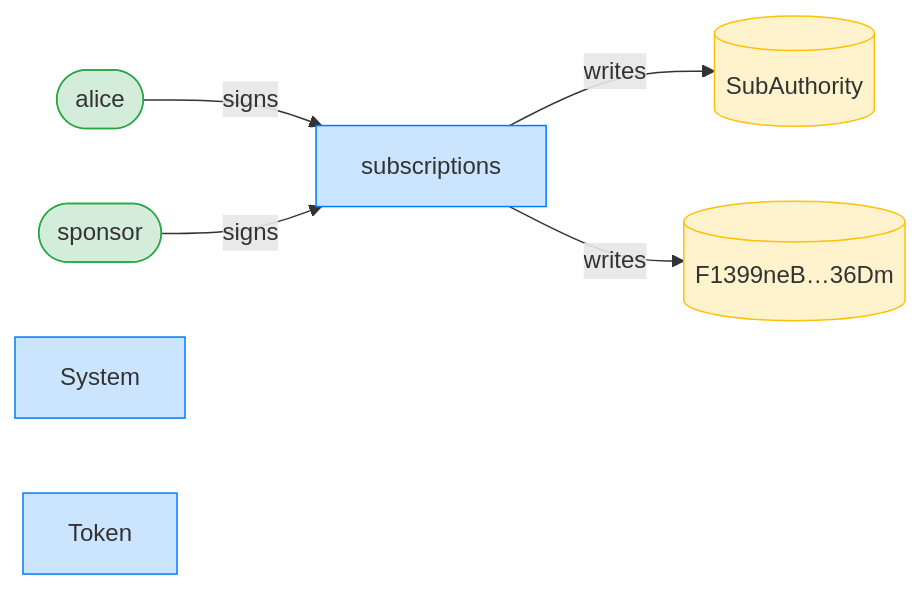
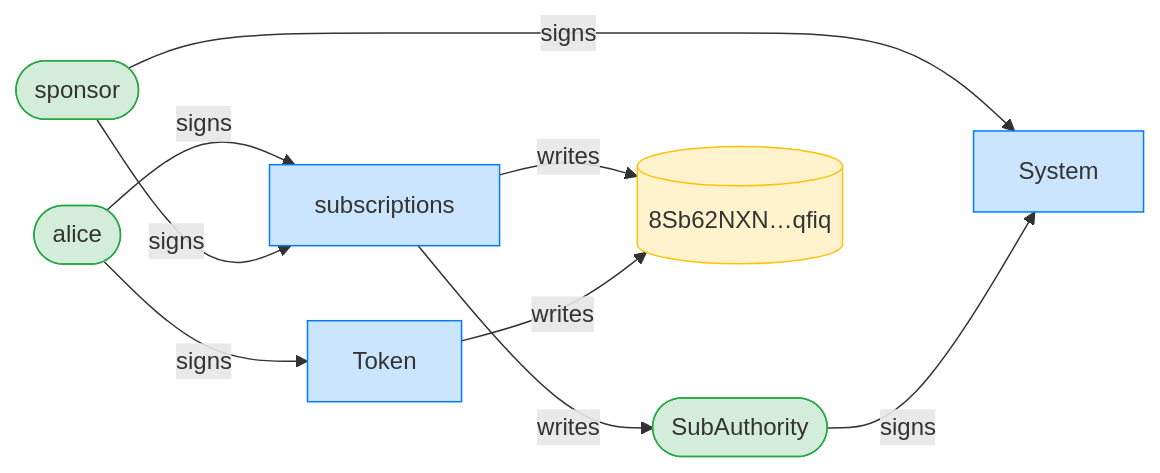
One commit to cds-rs/subscriptions changed the third of 4 diagrams in dsl_tests/initialize-with-a-sponsor.md. Above: the diagram before and after it, drawn with Mermaid. The commit also changed other lines of this file and 224 other files, not shown here.

````diff
--- a/dsl_tests/initialize-with-a-sponsor.md
+++ b/dsl_tests/initialize-with-a-sponsor.md
@@ -56,17 +57,21 @@
 ```mermaid
 flowchart LR
     classDef signer fill:#d4edda,stroke:#28a745;
     classDef program fill:#cce5ff,stroke:#007bff;
     classDef writable fill:#fff3cd,stroke:#ffc107;
     subscriptions[subscriptions]:::program
     alice([alice]):::signer
-    SubAuthority[(SubAuthority)]:::writable
-    F1399neB_36Dm[("F1399neB…36Dm")]:::writable
+    SubAuthority([SubAuthority]):::signer
+    8Sb62NXN_qfiq[("8Sb62NXN…qfiq")]:::writable
     sponsor([sponsor]):::signer
     System[System]:::program
     Token[Token]:::program
     alice -->|signs| subscriptions
     sponsor -->|signs| subscriptions
+    sponsor -->|signs| System
+    SubAuthority -->|signs| System
+    alice -->|signs| Token
     subscriptions -->|writes| SubAuthority
-    subscriptions -->|writes| F1399neB_36Dm
+    subscriptions -->|writes| 8Sb62NXN_qfiq
+    Token -->|writes| 8Sb62NXN_qfiq
 ```
````
